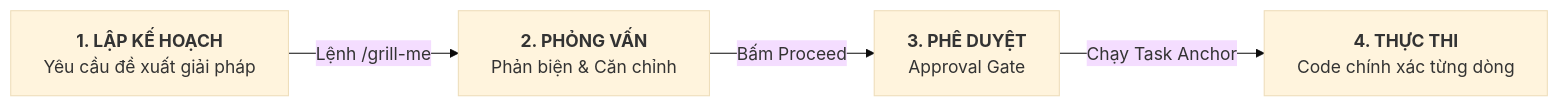
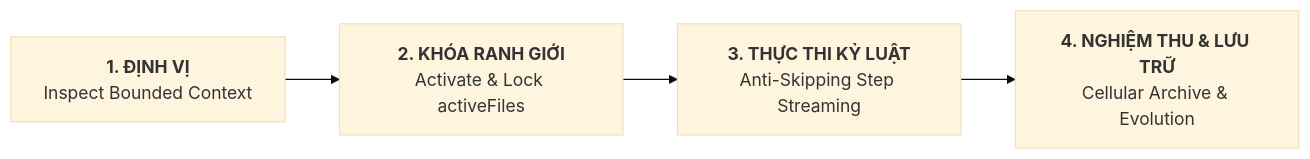
The diagram in content/docs/09-plan-lifecycle.md (hainguyen011/Aevum-website), drawn with Mermaid (base theme) before and after one commit. The commit also changed other lines of this file and 46 other files, not shown here.

````diff
--- a/content/docs/09-plan-lifecycle.md
+++ b/content/docs/09-plan-lifecycle.md
@@ -18,6 +14,6 @@
 ```mermaid
 flowchart LR
-    S1["<b>1. LẬP KẾ HOẠCH</b><br/>Yêu cầu đề xuất giải pháp"] -->|Lệnh /grill-me| S2["<b>2. PHỎNG VẤN</b><br/>Phản biện & Căn chỉnh"]
-    S2 -->|Bấm Proceed| S3["<b>3. PHÊ DUYỆT</b><br/>Approval Gate"]
-    S3 -->|Chạy Task Anchor| S4["<b>4. THỰC THI</b><br/>Code chính xác từng dòng"]
+    S1["<b>1. ĐỊNH VỊ</b><br/>Inspect Bounded Context"] --> S2["<b>2. KHÓA RANH GIỚI</b><br/>Activate & Lock activeFiles"]
+    S2 --> S3["<b>3. THỰC THI KỶ LUẬT</b><br/>Anti-Skipping Step Streaming"]
+    S3 --> S4["<b>4. NGHIỆM THU & LƯU TRỮ</b><br/>Cellular Archive & Evolution"]
 ```
````
